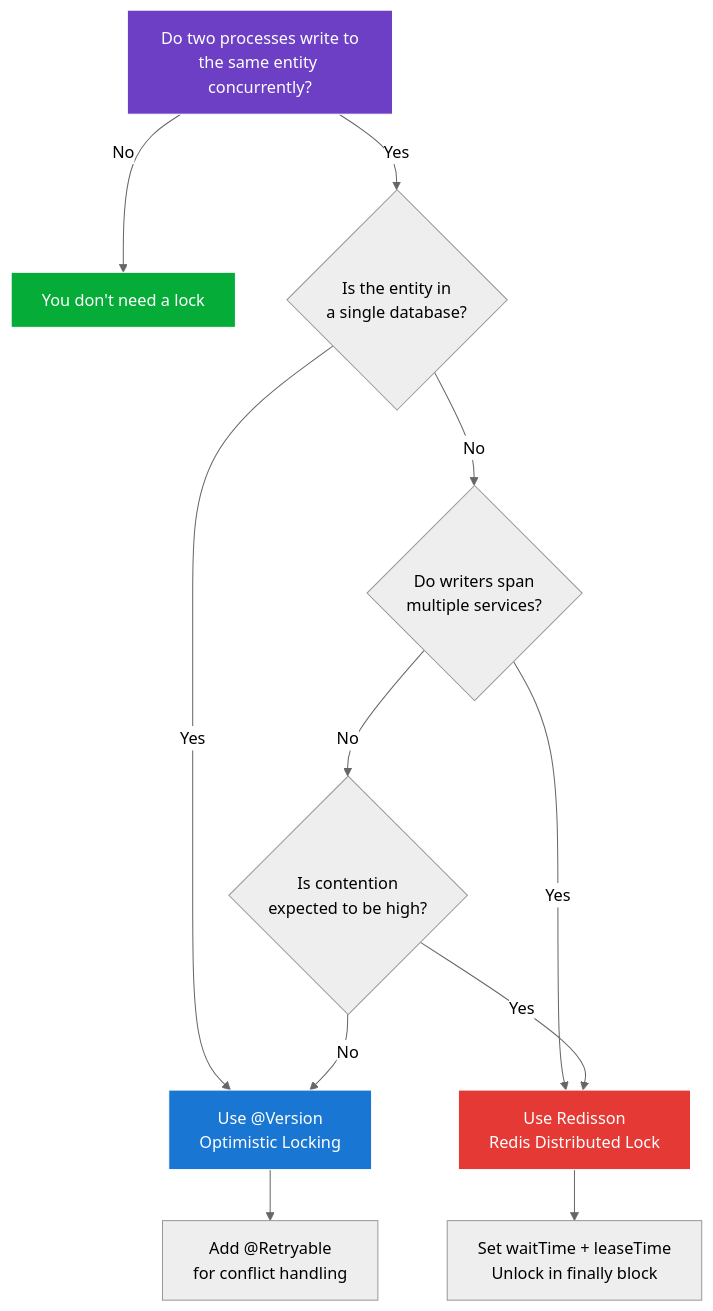
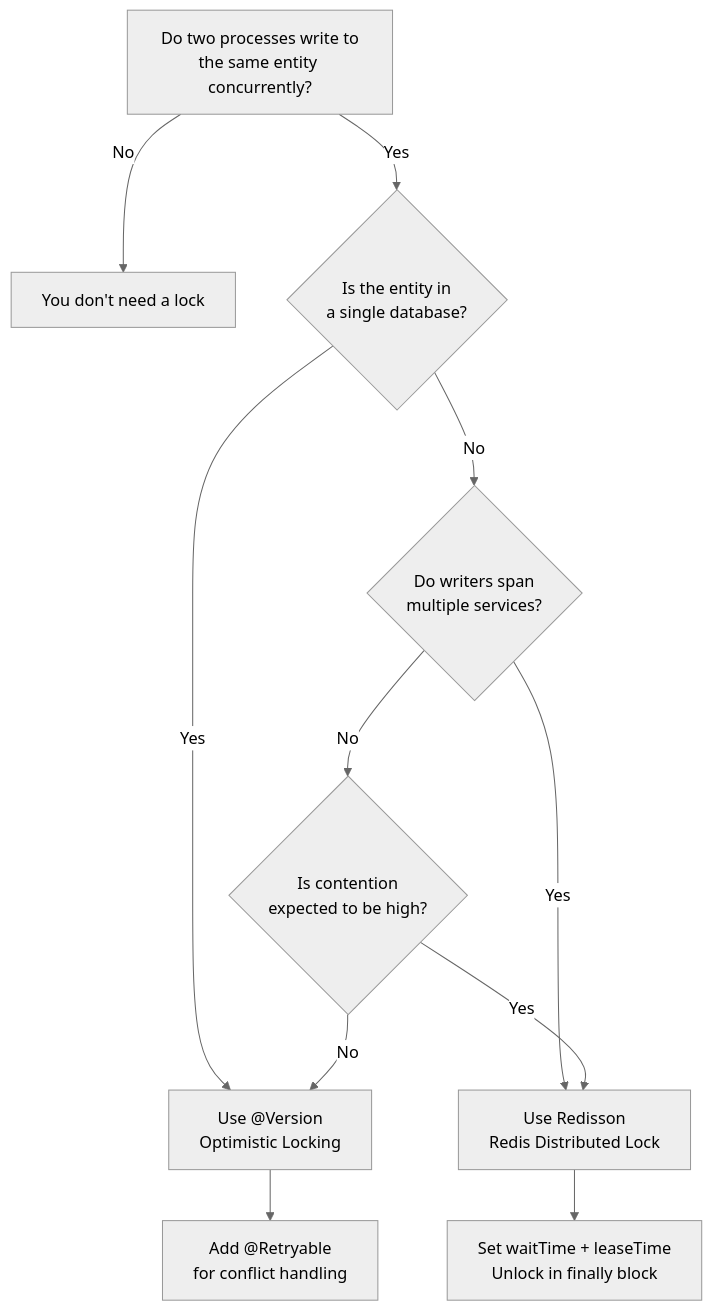
Before and after one commit to rishikeshdhokare/platform-manifesto: the fourth of 4 diagrams in 06-developer-guides/07-distributed-locking.md, drawn with Mermaid (neutral theme). The commit also changed 14 other files, not shown here.

First line of the commit message:
fix: remove mermaid style directives (119 lines across 15 files)

````diff
--- a/06-developer-guides/07-distributed-locking.md
+++ b/06-developer-guides/07-distributed-locking.md
@@ -405,19 +405,15 @@
 ```mermaid
 flowchart TD
     A[Do two processes write to\nthe same entity concurrently?] -->|No| B[You don't need a lock]
     A -->|Yes| C{Is the entity in\na single database?}
     C -->|Yes| D[Use @Version\nOptimistic Locking]
     C -->|No| E{Do writers span\nmultiple services?}
     E -->|Yes| F[Use Redisson\nRedis Distributed Lock]
     E -->|No| G{Is contention\nexpected to be high?}
     G -->|Yes| F
     G -->|No| D
 
     D --> H[Add @Retryable\nfor conflict handling]
     F --> I[Set waitTime + leaseTime\nUnlock in finally block]
 
-    style A fill:#6C3FC5,stroke:#fff,color:#fff
-    style B fill:#06AC38,stroke:#fff,color:#fff
-    style D fill:#1976D2,stroke:#fff,color:#fff
-    style F fill:#E53935,stroke:#fff,color:#fff
 ```
````
